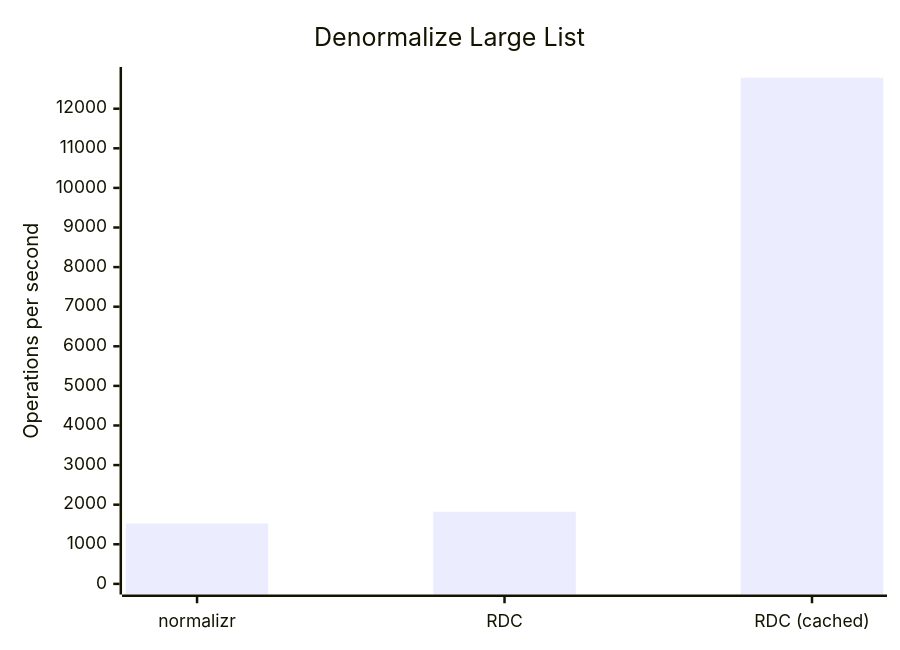
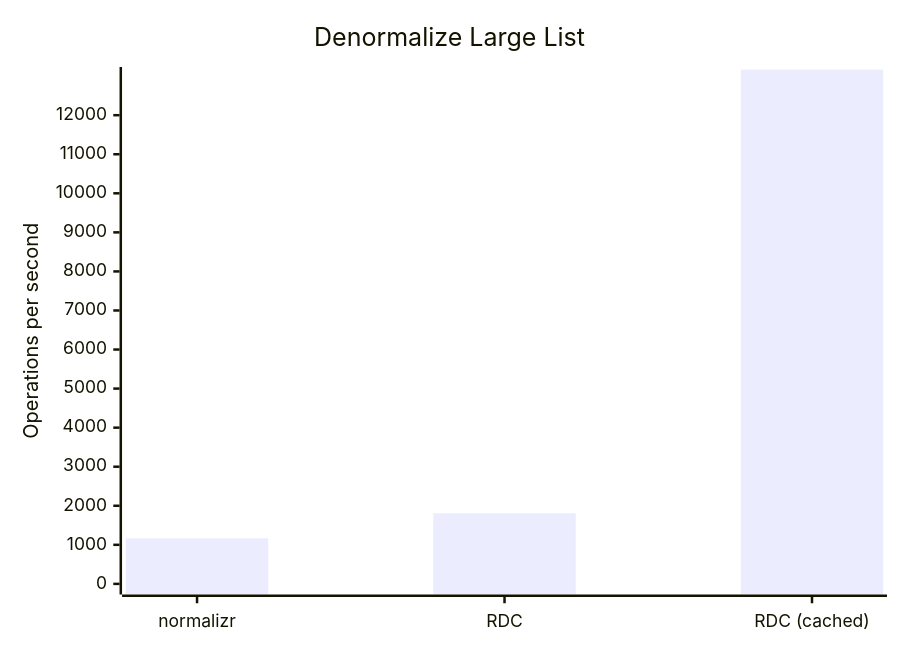
The second of 2 diagrams in docs/core/concepts/normalization.md (reactive/data-client), drawn with Mermaid before and after one commit. The commit also changed other lines of this file and 2 other files, not shown here.

Commit message:
docs: Update normalizr bench charts

````diff
--- a/docs/core/concepts/normalization.md
+++ b/docs/core/concepts/normalization.md
@@ -417,7 +417,7 @@
 ```mermaid
 xychart-beta
     title "Denormalize Large List"
     x-axis [normalizr, "RDC", "RDC (cached)"]
-    y-axis "Operations per second" 0 --> 12785
-    bar [1525.3, 1821, 12785]
+    y-axis "Operations per second" 0 --> 12962
+    bar [1165, 1807, 13168]
 ```
````
